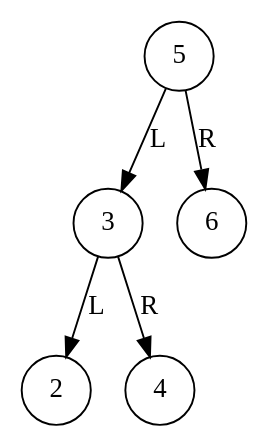
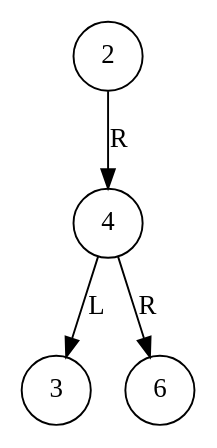
Before and after one commit to FranklinONP/EDD_PROYECTO_202200089: the diagram in Fase2_EDD/graphABB_AVL.dot, drawn with Graphviz. The commit also changed 11 other files, not shown here.

```diff
--- a/Fase2_EDD/graphABB_AVL.dot
+++ b/Fase2_EDD/graphABB_AVL.dot
@@ -1,12 +1,10 @@
 digraph G{
 node [shape=circle];
-"1338473023440"[label="5"];
-"1338473023632"[label="3"];
-"1338473021616"[label="2"];
-"1338473023712"[label="4"];
-"1338473023552"[label="6"];
-"1338473023440" -> "1338473023632" [label = "L"];
-"1338473023440" -> "1338473023552" [label = "R"];
-"1338473023632" -> "1338473021616" [label = "L"];
-"1338473023632" -> "1338473023712" [label = "R"];
+"2217078548448"[label="2"];
+"2217078548208"[label="4"];
+"2217078548528"[label="3"];
+"2217078548608"[label="6"];
+"2217078548448" -> "2217078548208" [label = "R"];
+"2217078548208" -> "2217078548528" [label = "L"];
+"2217078548208" -> "2217078548608" [label = "R"];
 }
```
